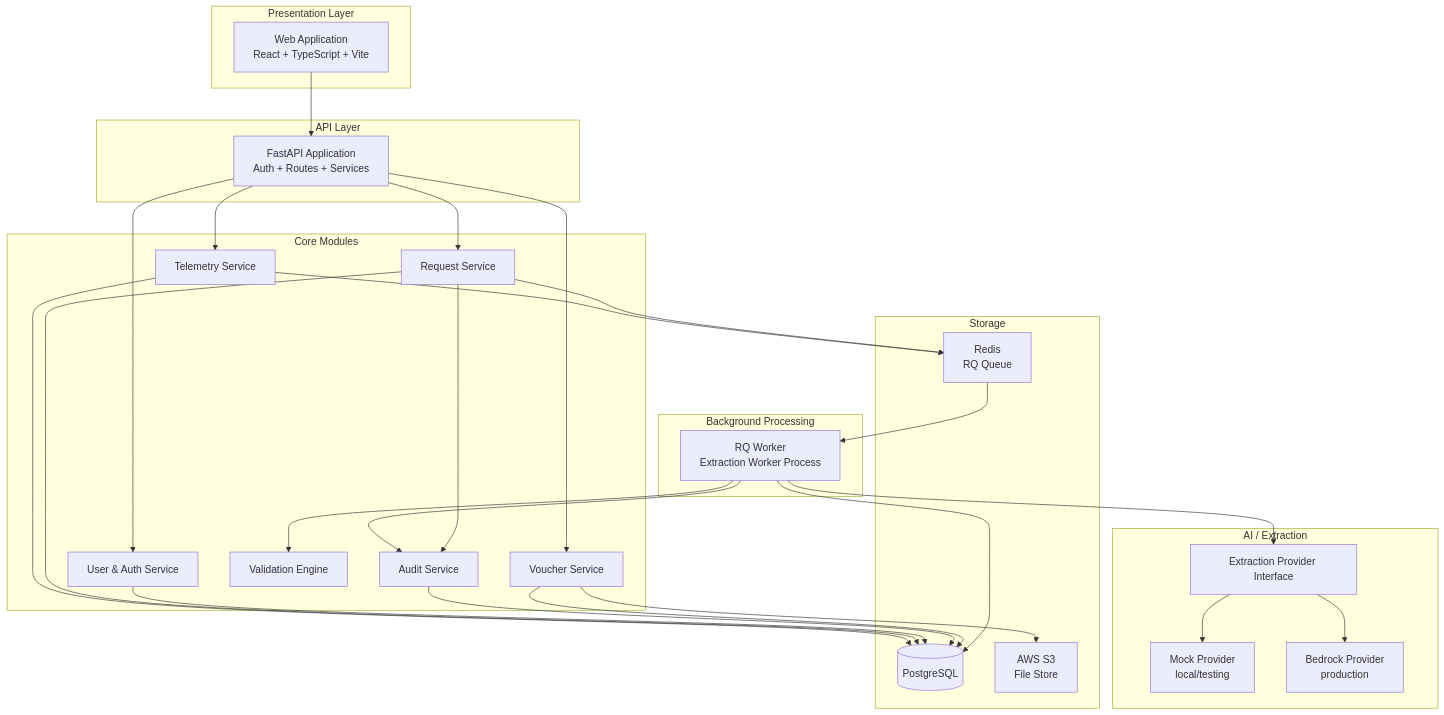
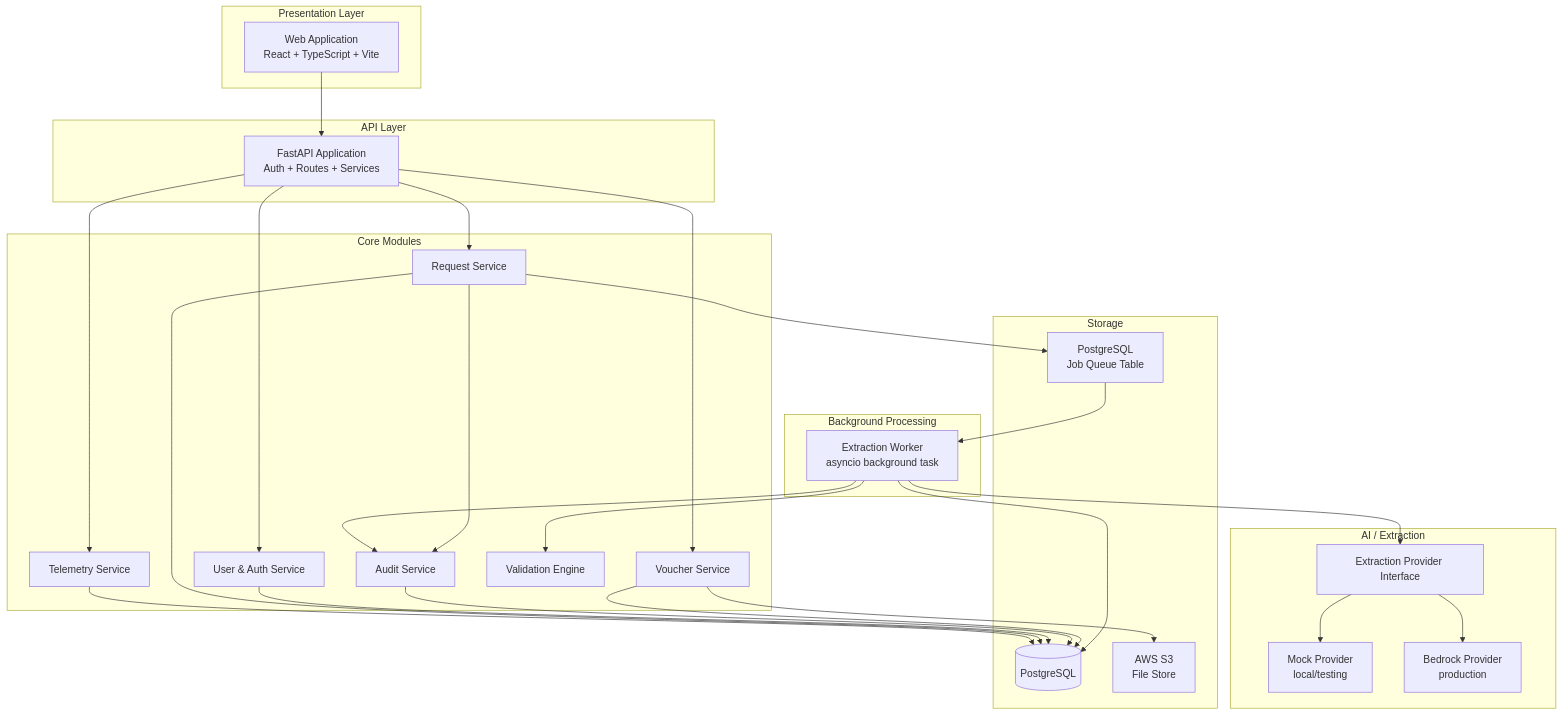
One commit to andrifernandiarif/AMIGA-Invoice-to-voucher-AI changed the first of 6 diagrams in .kiro/specs/invoice-to-voucher/design.md. Above: the diagram before and after it, drawn with Mermaid. The commit also changed other lines of this file and 10 other files, not shown here.

````diff
--- a/.kiro/specs/invoice-to-voucher/design.md
+++ b/.kiro/specs/invoice-to-voucher/design.md
@@ -21,57 +21,56 @@
 ```mermaid
 graph TB
     subgraph "Presentation Layer"
         UI[Web Application<br/>React + TypeScript + Vite]
     end
 
     subgraph "API Layer"
         FA[FastAPI Application<br/>Auth + Routes + Services]
     end
 
     subgraph "Background Processing"
-        RQ_W[RQ Worker<br/>Extraction Worker Process]
+        EW[Extraction Worker<br/>asyncio background task]
     end
 
     subgraph "Core Modules"
         RS[Request Service]
         US[User & Auth Service]
         AUS[Audit Service]
         VS[Voucher Service]
         TS[Telemetry Service]
         VAL[Validation Engine]
     end
 
     subgraph "AI / Extraction"
         EP[Extraction Provider Interface]
         MOCK[Mock Provider<br/>local/testing]
         BEDROCK[Bedrock Provider<br/>production]
     end
 
     subgraph "Storage"
         PDB[(PostgreSQL)]
         FS[AWS S3<br/>File Store]
-        RQ_Q[Redis<br/>RQ Queue]
+        JQ[PostgreSQL<br/>Job Queue Table]
     end
 
     UI --> FA
     FA --> RS
     FA --> US
     FA --> VS
     FA --> TS
     RS --> AUS
-    RS --> RQ_Q
-    RQ_Q --> RQ_W
-    RQ_W --> EP
+    RS --> JQ
+    JQ --> EW
+    EW --> EP
     EP --> MOCK
     EP --> BEDROCK
-    RQ_W --> VAL
-    RQ_W --> PDB
-    RQ_W --> AUS
+    EW --> VAL
+    EW --> PDB
+    EW --> AUS
     VS --> FS
     VS --> PDB
     AUS --> PDB
     US --> PDB
     RS --> PDB
     TS --> PDB
-    TS --> RQ_Q
 ```
````
